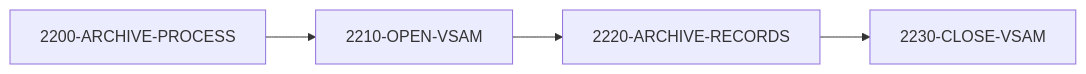
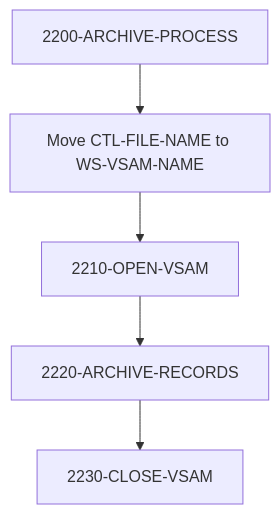
The second of 5 diagrams in docs/programs/UTLMNT00.mdx (haladir-com/legacy-benchmark-docs-vb70e1), drawn with Mermaid before and after one commit. The commit also changed other lines of this file and 64 other files, not shown here.

````diff
--- a/docs/programs/UTLMNT00.mdx
+++ b/docs/programs/UTLMNT00.mdx
@@ -41,6 +206,7 @@
 ```mermaid
-graph LR
-    A[2200-ARCHIVE-PROCESS] --> B[2210-OPEN-VSAM]
-    B --> C[2220-ARCHIVE-RECORDS]
-    C --> D[2230-CLOSE-VSAM]
+flowchart TD
+    A[2200-ARCHIVE-PROCESS] --> B[Move CTL-FILE-NAME to WS-VSAM-NAME]
+    B --> C[2210-OPEN-VSAM]
+    C --> D[2220-ARCHIVE-RECORDS]
+    D --> E[2230-CLOSE-VSAM]
 ```
````
